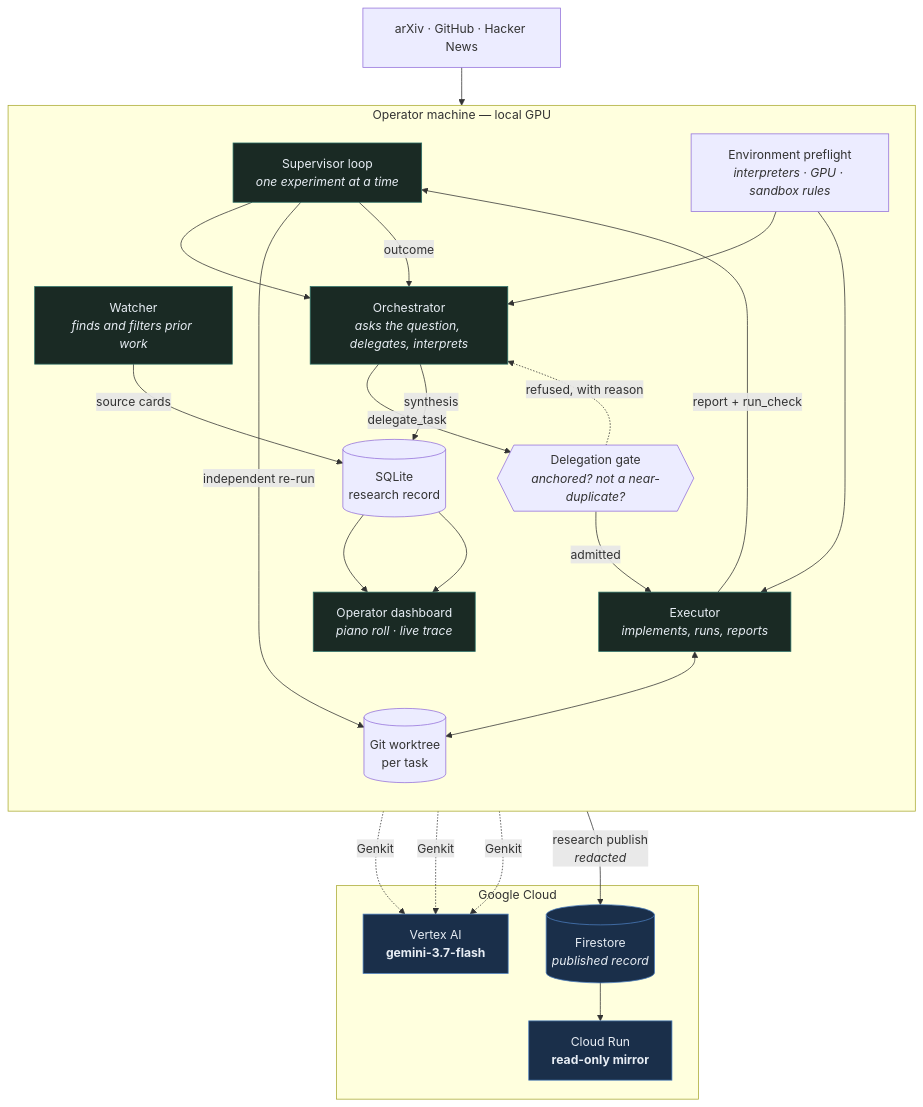
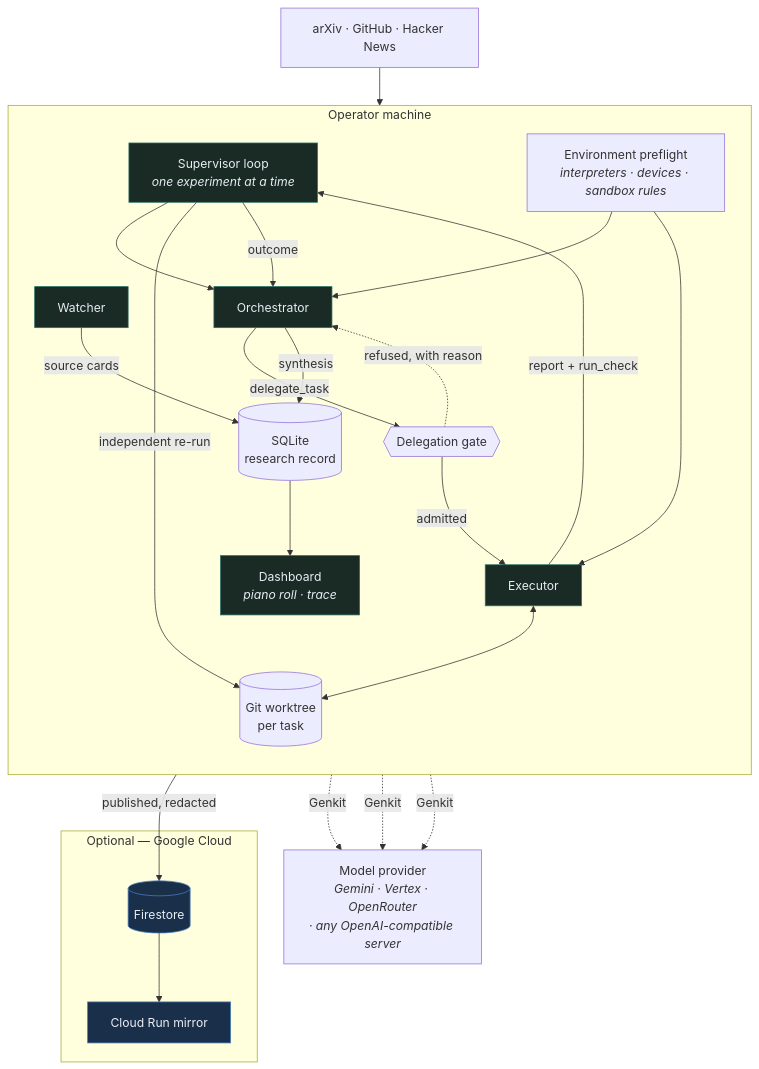
One commit to iamyanbo/CURI changed the second of 2 diagrams in README.md. Above: the diagram before and after it, drawn with Mermaid. The commit also changed other lines of this file, not shown here.

First line of the commit message:
docs: an architecture diagram you can read at a glance

````diff
--- a/README.md
+++ b/README.md
@@ -42,48 +75,47 @@
 ```mermaid
 flowchart TB
-    subgraph Local["Operator machine — local GPU"]
+    subgraph Local["Operator machine"]
         direction TB
         SUP["Supervisor loop<br/><i>one experiment at a time</i>"]
-        ORCH["Orchestrator<br/><i>asks the question, delegates, interprets</i>"]
-        EXEC["Executor<br/><i>implements, runs, reports</i>"]
-        WATCH["Watcher<br/><i>finds and filters prior work</i>"]
-        GATE{{"Delegation gate<br/><i>anchored? not a near-duplicate?</i>"}}
-        PRE["Environment preflight<br/><i>interpreters · GPU · sandbox rules</i>"]
+        ORCH["Orchestrator"]
+        EXEC["Executor"]
+        WATCH["Watcher"]
+        GATE{{"Delegation gate"}}
+        PRE["Environment preflight<br/><i>interpreters · devices · sandbox rules</i>"]
         WT[("Git worktree<br/>per task")]
         DB[("SQLite<br/>research record")]
-        DASH["Operator dashboard<br/><i>piano roll · live trace</i>"]
+        DASH["Dashboard<br/><i>piano roll · trace</i>"]
     end
 
-    subgraph Google["Google Cloud"]
-        VERTEX["Vertex AI<br/><b>gemini-3.7-flash</b>"]
-        FS[("Firestore<br/><i>published record</i>")]
-        RUN["Cloud Run<br/><b>read-only mirror</b>"]
+    subgraph Cloud["Optional — Google Cloud"]
+        FS[("Firestore")]
+        RUN["Cloud Run mirror"]
     end
+
+    MODEL["Model provider<br/><i>Gemini · Vertex · OpenRouter<br/>· any OpenAI-compatible server</i>"]
 
     ARXIV["arXiv · GitHub · Hacker News"] --> WATCH
     WATCH -->|source cards| DB
     SUP --> ORCH
     ORCH -->|delegate_task| GATE
     GATE -->|admitted| EXEC
     GATE -.->|refused, with reason| ORCH
     PRE --> ORCH
     PRE --> EXEC
     EXEC <--> WT
     EXEC -->|report + run_check| SUP
     SUP -->|independent re-run| WT
     SUP -->|outcome| ORCH
     ORCH -->|synthesis| DB
     DB --> DASH
-    DB --> DASH
-
-    ORCH -.->|Genkit| VERTEX
-    EXEC -.->|Genkit| VERTEX
-    WATCH -.->|Genkit| VERTEX
-    DB -->|research publish<br/><i>redacted</i>| FS
+    ORCH -.->|Genkit| MODEL
+    EXEC -.->|Genkit| MODEL
+    WATCH -.->|Genkit| MODEL
+    DB -->|published, redacted| FS
     FS --> RUN
 
     classDef cloud fill:#1a2f4a,stroke:#4a7dbd,color:#e7edf4
     classDef local fill:#1a2a24,stroke:#2b6f66,color:#e7edf4
-    class VERTEX,FS,RUN cloud
+    class FS,RUN cloud
     class SUP,ORCH,EXEC,WATCH,DASH local
 ```
````
